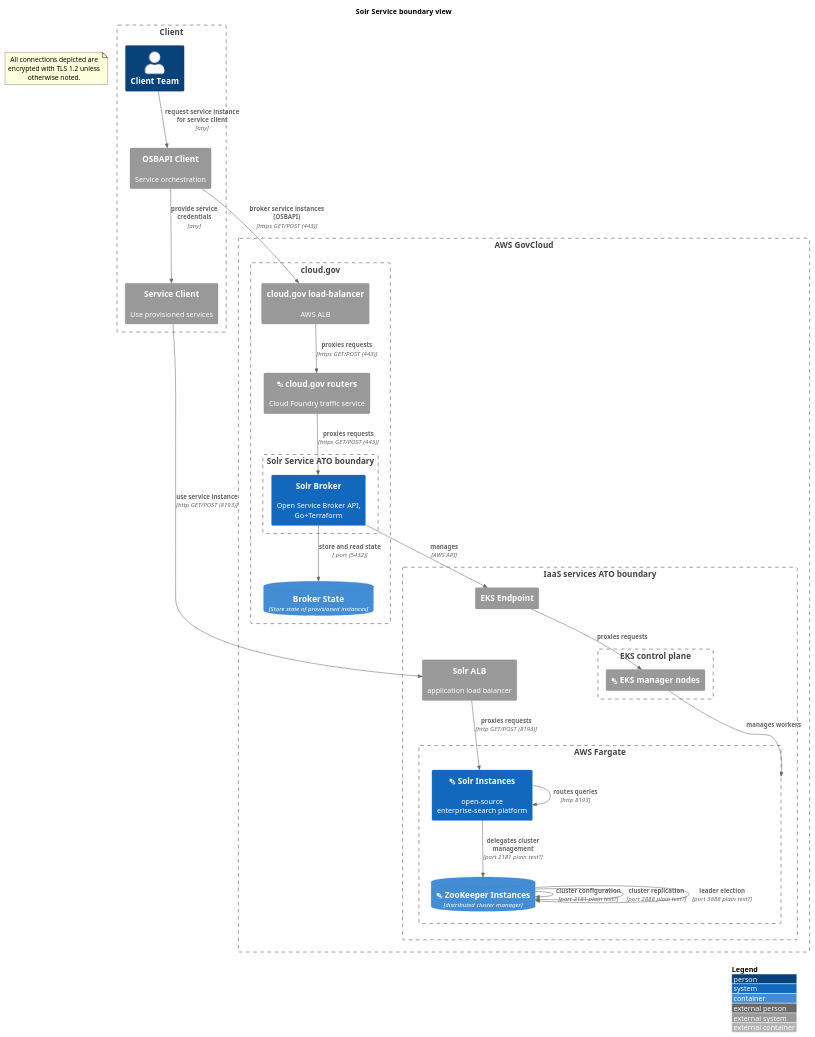
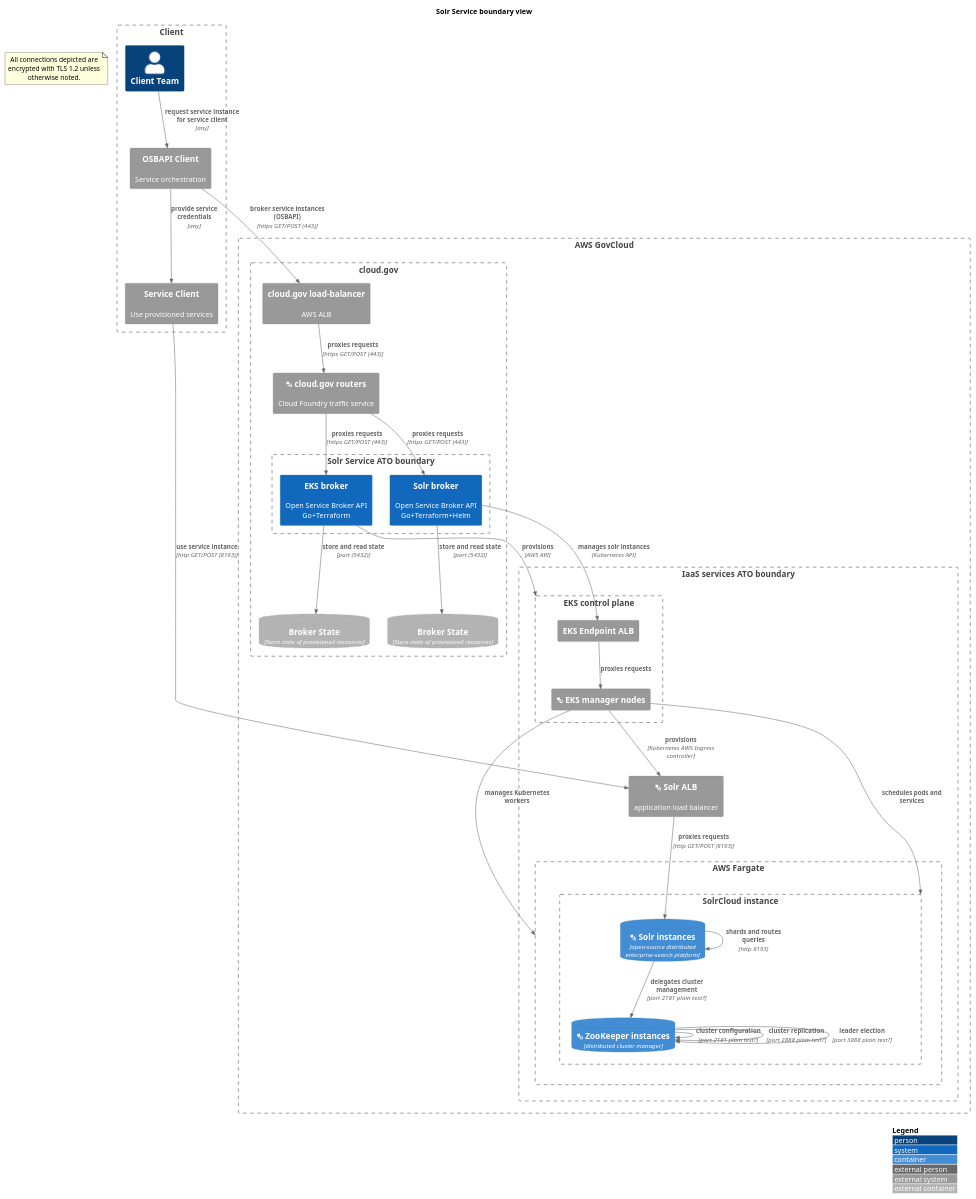
Before and after one commit to GSA/datagov-compliance: the second of 2 diagrams in solr-service-scratchpad.md, drawn with PlantUML. The commit also changed other lines of this file, not shown here.

Commit message:
Update Solr Service Boundary
- use upstream C4 macros
- include EKS broker
- assume K8S AWS ingress controller (ALB per SolrCloud) for now
- add boundary for SolrCloud

````diff
--- a/solr-service-scratchpad.md
+++ b/solr-service-scratchpad.md
@@ -25,54 +25,63 @@
 ```plantuml
 @startuml
-!include https://raw.githubusercontent.com/adrianvlupu/C4-PlantUML/master/C4_Container.puml
+!include https://raw.githubusercontent.com/plantuml-stdlib/C4-PlantUML/master/C4_Container.puml
 ' uncomment the following line and comment the first to use locally
 ' !include C4_Container.puml
 LAYOUT_WITH_LEGEND()
 title Solr Service boundary view
 Boundary(client, "Client") {
   Person(client_team, "Client Team")
   System_Ext(osbapi_client, "OSBAPI Client", "Service orchestration")
   System_Ext(service_client, "Service Client", "Use provisioned services")
   Rel(osbapi_client, service_client, "provide service credentials", "any")
   Rel(client_team, osbapi_client, "request service instance for service client", "any")
 }
 note as EncryptionNote
 All connections depicted are encrypted with TLS 1.2 unless otherwise noted.
 end note
 Boundary(aws, "AWS GovCloud") {
     Boundary(iaas, "IaaS services ATO boundary") {
-        System_Ext(aws_fargate_alb, "Solr ALB", "application load balancer")
-        System_Ext(aws_eks_alb, "EKS Endpoint")
+    System_Ext(aws_solr_alb, "<&layers> Solr ALB", "application load balancer")
         Boundary(aws_eks, "EKS control plane") {
+	    System_Ext(aws_eks_alb, "EKS Endpoint ALB")
             System_Ext(aws_eks_managers, "<&layers> EKS manager nodes")
         }
         Boundary(aws_fargate, "AWS Fargate") {
-            System(solr_instances, "<&layers> Solr Instances", "open-source enterprise-search platform")
-            ContainerDb(zookeeper_instances, "<&layers> ZooKeeper Instances", "distributed cluster manager")
+	  Boundary(b_solrcloud, "SolrCloud instance") {
+	  ContainerDb(solr_instances, "<&layers> Solr instances", "open-source distributed enterprise-search platform")
+	    ContainerDb(zookeeper_instances, "<&layers> ZooKeeper instances", "distributed cluster manager")
+	  }
         }
     }
     Boundary(cloudgov, "cloud.gov") {
         System_Ext(aws_cg_alb, "cloud.gov load-balancer", "AWS ALB")
         System_Ext(cloudgov_router, "<&layers> cloud.gov routers", "Cloud Foundry traffic service")
-        Boundary(atob, "Solr Service ATO boundary") {
-            System(Solr_app, "Solr Broker", "Open Service Broker API, Go+Terraform")
+	Boundary(atob, "Solr Service ATO boundary") {
+	    System(eks_app, "EKS broker", "Open Service Broker API Go+Terraform")
+	    System(solr_app, "Solr broker", "Open Service Broker API Go+Terraform+Helm")
         }
-        ContainerDb(Solr_db, "Broker State", "Store state of provisioned instances")
+	ContainerDb_Ext(solr_app_db, "Broker State", "Store state of provisioned resources")
+	ContainerDb_Ext(eks_app_db, "Broker State", "Store state of provisioned resources")
     }
 }
-Rel(Solr_app, aws_eks_alb, "manages", "AWS API")
+Rel(eks_app, aws_eks, "provisions", "AWS API")
+Rel(solr_app, aws_eks_alb, "manages solr instances", "Kubernetes API")
 Rel(osbapi_client, aws_cg_alb, "broker service instances (OSBAPI)", "https GET/POST (443)")
 Rel(aws_cg_alb, cloudgov_router, "proxies requests", "https GET/POST (443)")
-Rel(cloudgov_router, Solr_app, "proxies requests", "https GET/POST (443)")
-Rel(Solr_app, Solr_db, "store and read state", " port (5432)")
-Rel(service_client, aws_fargate_alb, "use service instance", "http GET/POST (8193)")
-Rel(aws_fargate_alb, solr_instances, "proxies requests", "http GET/POST (8193)")
-Rel(solr_instances, solr_instances, "routes queries", "http 8193")
+Rel(cloudgov_router, eks_app, "proxies requests", "https GET/POST (443)")
+Rel(cloudgov_router, solr_app, "proxies requests", "https GET/POST (443)")
+Rel(eks_app, eks_app_db, "store and read state", "port (5432)")
+Rel(solr_app, solr_app_db, "store and read state", "port (5432)")
+Rel(service_client, aws_solr_alb, "use service instance", "http GET/POST (8193)")
+Rel(aws_solr_alb, solr_instances, "proxies requests", "http GET/POST (8193)")
+Rel(solr_instances, solr_instances, "shards and routes queries", "http 8193")
 Rel(solr_instances, zookeeper_instances, "delegates cluster management", "port 2181 plain text?")
 Rel(zookeeper_instances, zookeeper_instances, "cluster configuration", "port 2181 plain text?")
 Rel(zookeeper_instances, zookeeper_instances, "cluster replication", "port 2888 plain text?")
 Rel(zookeeper_instances, zookeeper_instances, "leader election", "port 3888 plain text?")
 Rel(aws_eks_alb, aws_eks_managers, "proxies requests")
-Rel(aws_eks_managers, aws_fargate, "manages workers")
+Rel(aws_eks_managers, aws_fargate, "manages Kubernetes workers")
+Rel(aws_eks_managers, aws_solr_alb, "provisions", "Kubernetes AWS Ingress controller")
+Rel(aws_eks_managers, b_solrcloud, "schedules pods and services")
 @enduml
 ```
````
